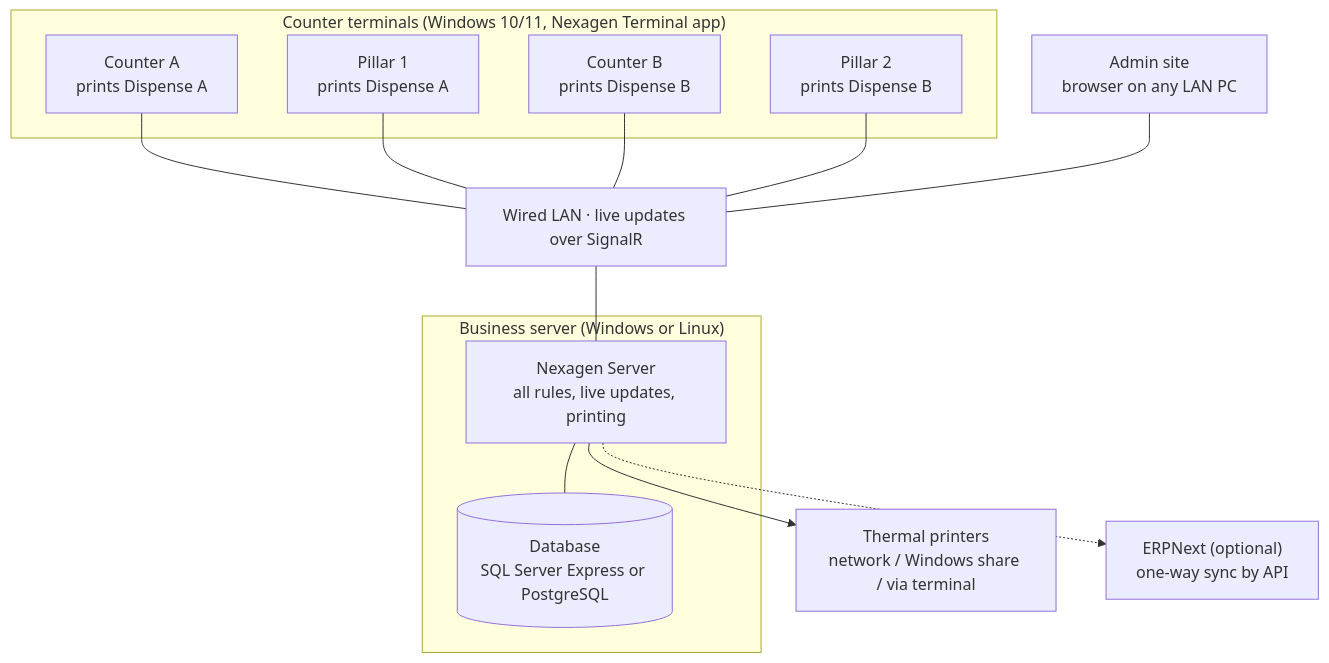
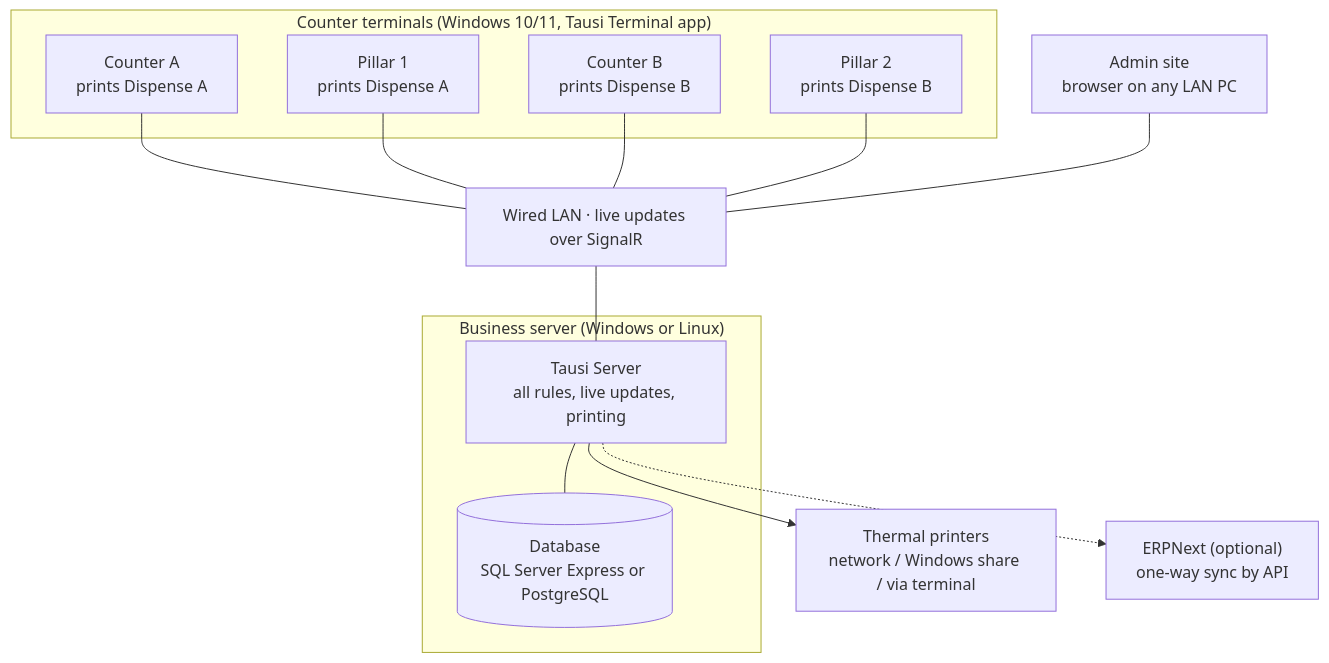
Before and after one commit to NexaGen-Solutions/Tausi-POS: the first of 2 diagrams in docs/design.md, drawn with Mermaid. The commit also changed other lines of this file and 4 other files, not shown here.

````diff
--- a/docs/design.md
+++ b/docs/design.md
@@ -49,23 +49,23 @@
 ```mermaid
 flowchart TB
-  subgraph Counters["Counter terminals (Windows 10/11, Nexagen Terminal app)"]
+  subgraph Counters["Counter terminals (Windows 10/11, Tausi Terminal app)"]
     CA["Counter A<br/>prints Dispense A"]
     P1["Pillar 1<br/>prints Dispense A"]
     CB["Counter B<br/>prints Dispense B"]
     P2["Pillar 2<br/>prints Dispense B"]
   end
   LAN["Wired LAN · live updates over SignalR"]
   subgraph Server["Business server (Windows or Linux)"]
-    SVC["Nexagen Server<br/>all rules, live updates, printing"]
+    SVC["Tausi Server<br/>all rules, live updates, printing"]
     DB[("Database<br/>SQL Server Express or PostgreSQL")]
   end
   ADMIN["Admin site<br/>browser on any LAN PC"]
   PRN["Thermal printers<br/>network / Windows share / via terminal"]
   ERP["ERPNext (optional)<br/>one-way sync by API"]
   CA & P1 & CB & P2 --- LAN
   LAN --- SVC
   ADMIN --- LAN
   SVC --- DB
   SVC --> PRN
   SVC -.-> ERP
 ```
````
